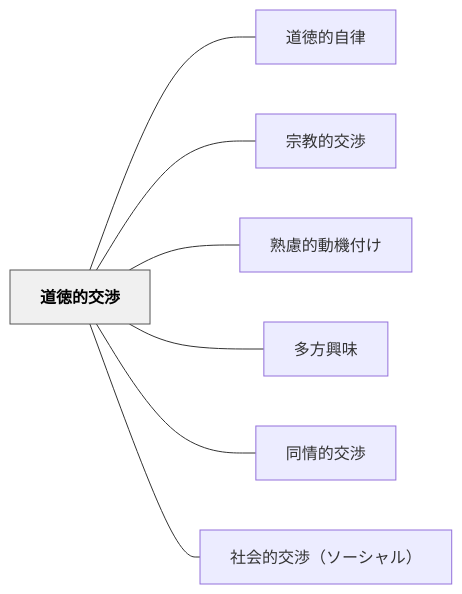
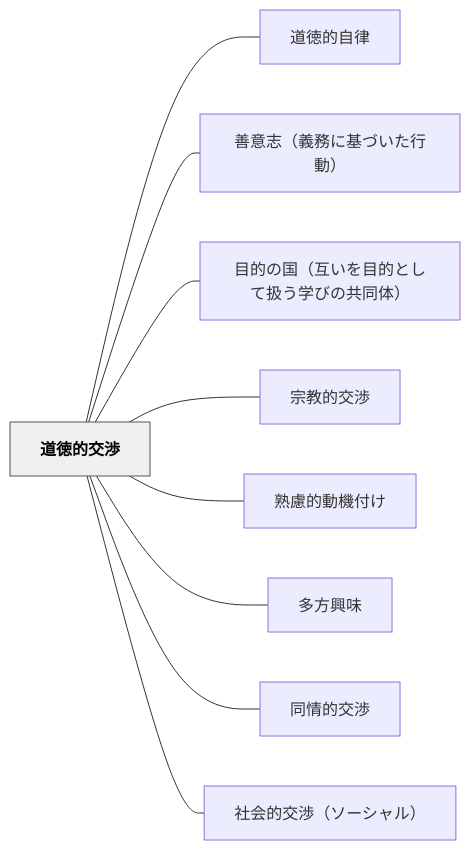
One commit to unknownthings-ed-patterns/unknownthings-ed-patterns changed the diagram in content/パタン/道徳的交渉.md. Above: the diagram before and after it, drawn with Mermaid. The commit also changed other lines of this file and 18 other files, not shown here.

````diff
--- a/content/パタン/道徳的交渉.md
+++ b/content/パタン/道徳的交渉.md
@@ -37,20 +50,24 @@
 ```mermaid
 flowchart LR
     ne98193e5beb3e79a84e4baa4e6b889["道徳的交渉"]
     ne98193e5beb3e79a84e887aae5be8b["道徳的自律"]
+    ne59684e6848fe5bf97efbc88e7bea9e58b99e381abe59fbae381a5e38184e3819fe8a18ce58b95efbc89["善意志（義務に基づいた行動）"]
+    ne79baee79a84e381aee59bbdefbc88e4ba92e38184e38292e79baee79a84e381a8e38197e381a6e689b1e38186e5ada6e381b3e381aee585b1e5908ce4bd93efbc89["目的の国（互いを目的として扱う学びの共同体）"]
     ne5ae97e69599e79a84e4baa4e6b889["宗教的交渉"]
     ne7869fe685aee79a84e58b95e6a99fe4bb98e38191["熟慮的動機付け"]
     ne5a49ae696b9e88888e591b3["多方興味"]
     ne5908ce68385e79a84e4baa4e6b889["同情的交渉"]
     ne7a4bee4bc9ae79a84e4baa4e6b889efbc88e382bde383bce382b7e383a3e383abefbc89["社会的交渉（ソーシャル）"]
 
     ne98193e5beb3e79a84e4baa4e6b889 --- ne98193e5beb3e79a84e887aae5be8b
+    ne98193e5beb3e79a84e4baa4e6b889 --- ne59684e6848fe5bf97efbc88e7bea9e58b99e381abe59fbae381a5e38184e3819fe8a18ce58b95efbc89
+    ne98193e5beb3e79a84e4baa4e6b889 --- ne79baee79a84e381aee59bbdefbc88e4ba92e38184e38292e79baee79a84e381a8e38197e381a6e689b1e38186e5ada6e381b3e381aee585b1e5908ce4bd93efbc89
     ne98193e5beb3e79a84e4baa4e6b889 --- ne5ae97e69599e79a84e4baa4e6b889
     ne98193e5beb3e79a84e4baa4e6b889 --- ne7869fe685aee79a84e58b95e6a99fe4bb98e38191
     ne98193e5beb3e79a84e4baa4e6b889 --- ne5a49ae696b9e88888e591b3
     ne98193e5beb3e79a84e4baa4e6b889 --- ne5908ce68385e79a84e4baa4e6b889
     ne98193e5beb3e79a84e4baa4e6b889 --- ne7a4bee4bc9ae79a84e4baa4e6b889efbc88e382bde383bce382b7e383a3e383abefbc89
 
     classDef hub fill:#f0f0f0,stroke:#555,color:#000,font-weight:bold
     class ne98193e5beb3e79a84e4baa4e6b889 hub
 ```
````
